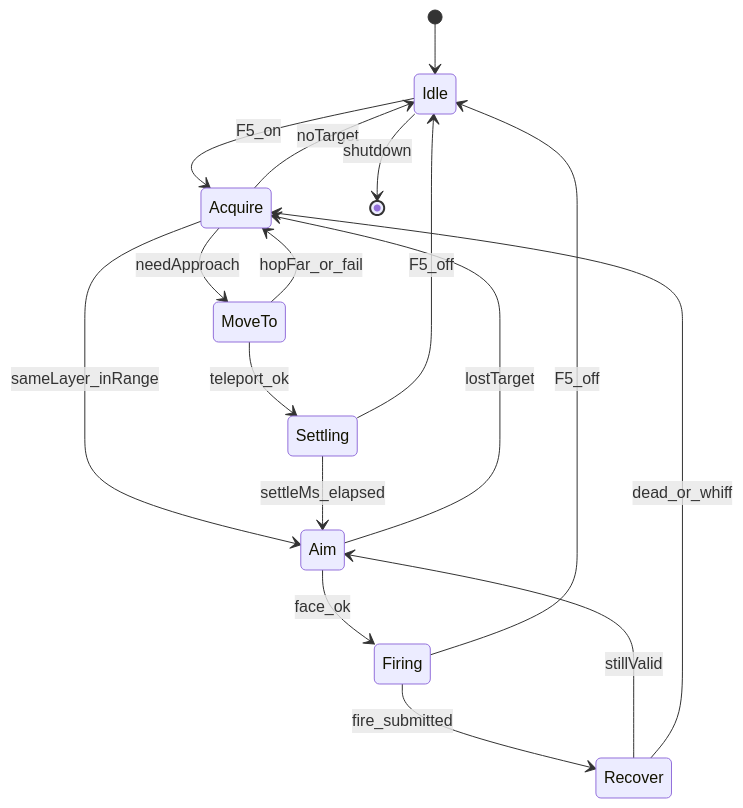
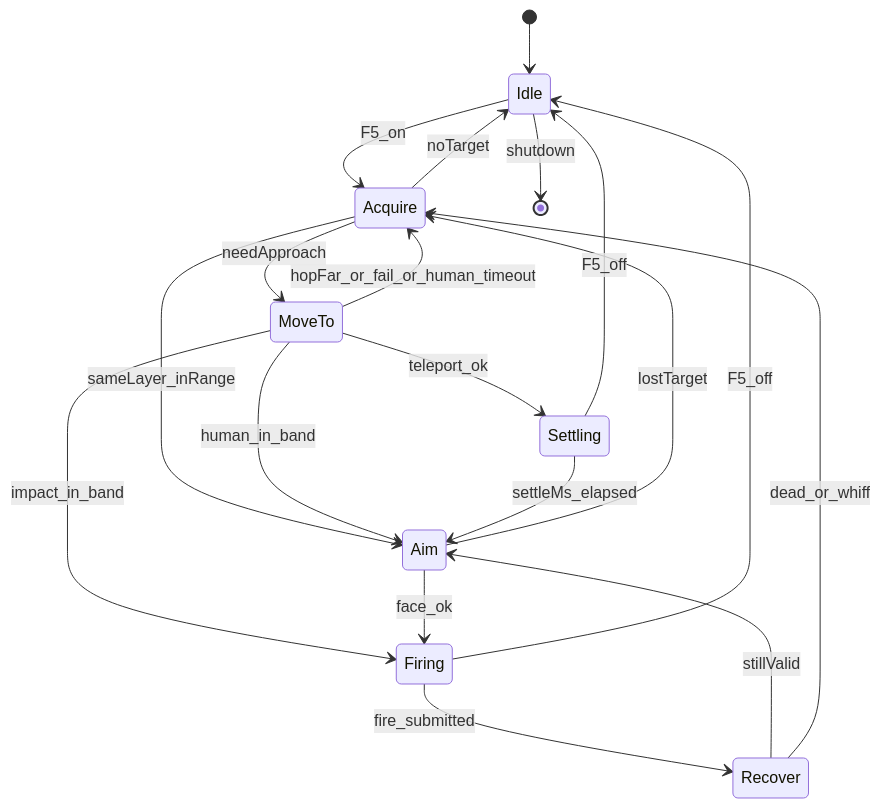
One commit to oerkras/xcat_for_TWMS changed the diagram in docs/features/simple_combat/模块设计.md. Above: the diagram before and after it, drawn with Mermaid. The commit also changed other lines of this file and 131 other files, not shown here.

````diff
--- a/docs/features/simple_combat/模块设计.md
+++ b/docs/features/simple_combat/模块设计.md
@@ -34,19 +40,21 @@
 ```mermaid
 stateDiagram-v2
   [*] --> Idle
   Idle --> Acquire: F5_on
   Acquire --> Aim: sameLayer_inRange
   Acquire --> MoveTo: needApproach
   Acquire --> Idle: noTarget
+  MoveTo --> Firing: impact_in_band
   MoveTo --> Settling: teleport_ok
-  MoveTo --> Acquire: hopFar_or_fail
+  MoveTo --> Aim: human_in_band
+  MoveTo --> Acquire: hopFar_or_fail_or_human_timeout
   Settling --> Aim: settleMs_elapsed
   Aim --> Firing: face_ok
   Firing --> Recover: fire_submitted
   Recover --> Aim: stillValid
   Recover --> Acquire: dead_or_whiff
   Aim --> Acquire: lostTarget
   Firing --> Idle: F5_off
   Settling --> Idle: F5_off
   Idle --> [*]: shutdown
 ```
````
